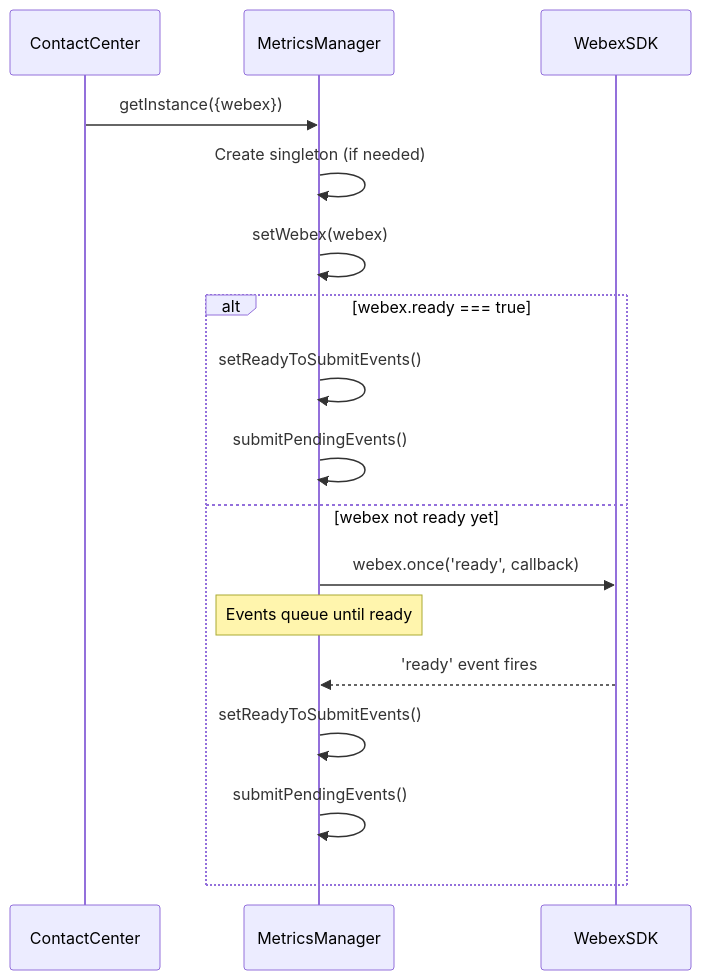
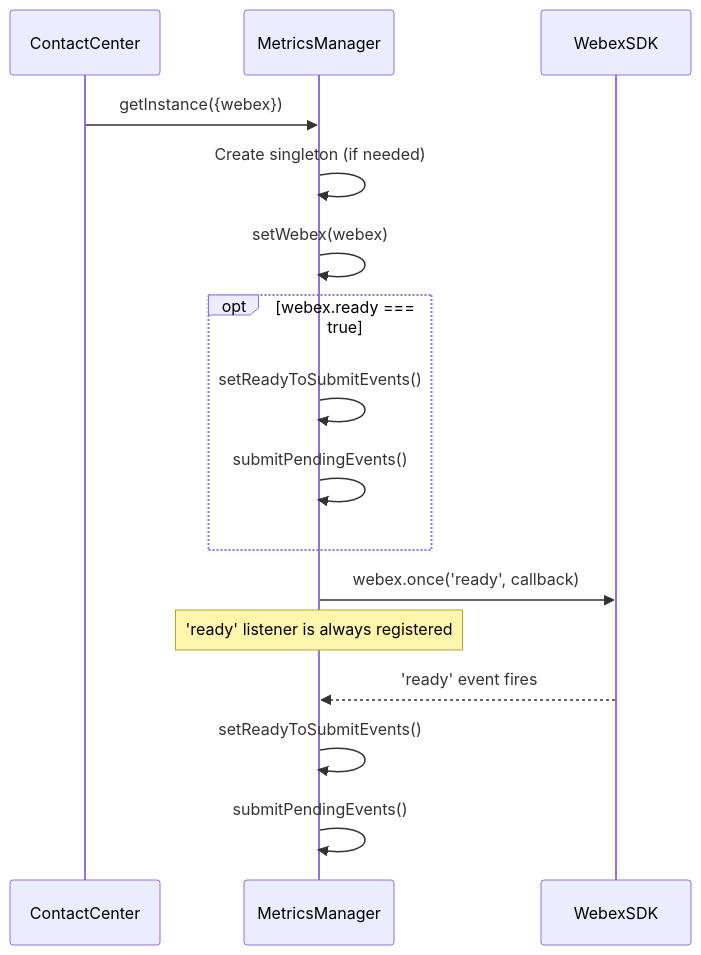
One commit to webex/webex-js-sdk changed the third of 4 diagrams in packages/@webex/contact-center/src/metrics/ai-docs/ARCHITECTURE.md. Above: the diagram before and after it, drawn with Mermaid. The commit also changed other lines of this file, not shown here.

Commit message:
docs(metrics): fix ARCHITECTURE.md per review comments

````diff
--- a/packages/@webex/contact-center/src/metrics/ai-docs/ARCHITECTURE.md
+++ b/packages/@webex/contact-center/src/metrics/ai-docs/ARCHITECTURE.md
@@ -117,20 +123,19 @@
 ```mermaid
 sequenceDiagram
     participant CC as ContactCenter
     participant MM as MetricsManager
     participant Webex as WebexSDK
 
     CC->>MM: getInstance({webex})
     MM->>MM: Create singleton (if needed)
     MM->>MM: setWebex(webex)
-    alt webex.ready === true
-        MM->>MM: setReadyToSubmitEvents()
-        MM->>MM: submitPendingEvents()
-    else webex not ready yet
-        MM->>Webex: webex.once('ready', callback)
-        Note over MM: Events queue until ready
-        Webex-->>MM: 'ready' event fires
+    opt webex.ready === true
         MM->>MM: setReadyToSubmitEvents()
         MM->>MM: submitPendingEvents()
     end
+    MM->>Webex: webex.once('ready', callback)
+    Note over MM: 'ready' listener is always registered
+    Webex-->>MM: 'ready' event fires
+    MM->>MM: setReadyToSubmitEvents()
+    MM->>MM: submitPendingEvents()
 ```
````
